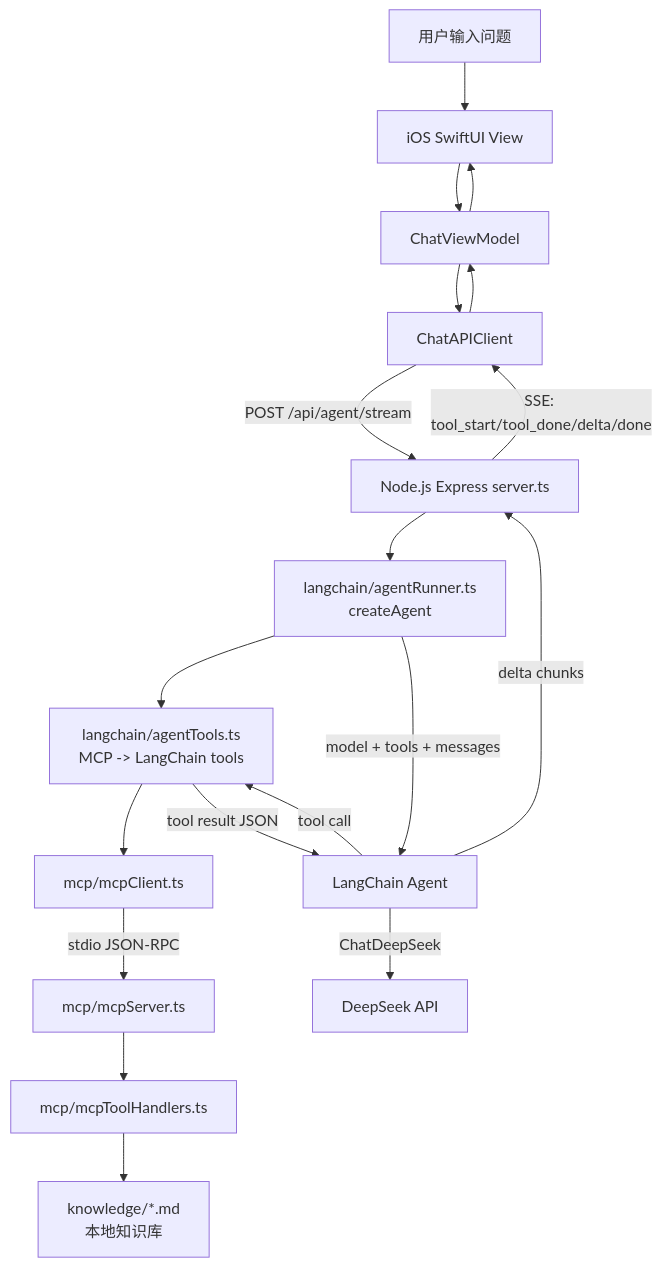
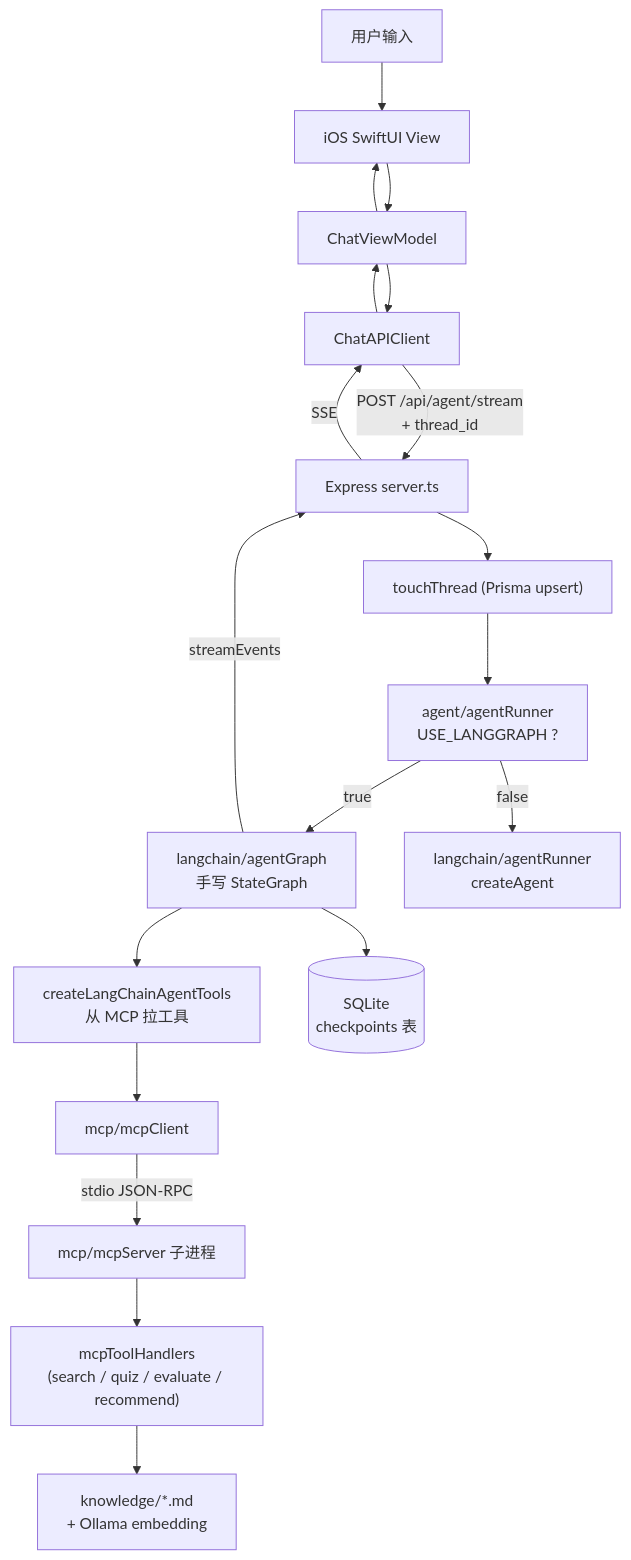
Before and after one commit to volley5566/ChatAI-iOS: the diagram in README.md, drawn with Mermaid. The commit also changed other lines of this file, not shown here.

````diff
--- a/README.md
+++ b/README.md
@@ -472,23 +528,25 @@
 ```mermaid
 flowchart TD
-    U["用户输入问题"] --> V["iOS SwiftUI View"]
+    U["用户输入"] --> V["iOS SwiftUI View"]
     V --> VM["ChatViewModel"]
     VM --> API["ChatAPIClient"]
-    API -->|POST /api/agent/stream| EXP["Node.js Express server.ts"]
+    API -->|POST /api/agent/stream<br/>+ thread_id| EXP["Express server.ts"]
 
-    EXP --> AR["langchain/agentRunner.ts<br/>createAgent"]
-    AR --> AT["langchain/agentTools.ts<br/>MCP -> LangChain tools"]
-    AT --> MC["mcp/mcpClient.ts"]
-    MC -->|stdio JSON-RPC| MS["mcp/mcpServer.ts"]
-    MS --> MH["mcp/mcpToolHandlers.ts"]
-    MH --> KB["knowledge/*.md<br/>本地知识库"]
+    EXP --> TT["touchThread (Prisma upsert)"]
+    TT --> AR["agent/agentRunner<br/>USE_LANGGRAPH ?"]
+    AR -->|true| LG["langchain/agentGraph<br/>手写 StateGraph"]
+    AR -->|false| LC["langchain/agentRunner<br/>createAgent"]
 
-    AR -->|model + tools + messages| LC["LangChain Agent"]
-    LC -->|ChatDeepSeek| LLM["DeepSeek API"]
-    LC -->|tool call| AT
-    AT -->|tool result JSON| LC
-    LC -->|delta chunks| EXP
-    EXP -->|SSE: tool_start/tool_done/delta/done| API
+    LG --> TOOLS["createLangChainAgentTools<br/>从 MCP 拉工具"]
+    TOOLS --> MC["mcp/mcpClient"]
+    MC -->|stdio JSON-RPC| MS["mcp/mcpServer 子进程"]
+    MS --> MH["mcpToolHandlers<br/>(search / quiz / evaluate / recommend)"]
+    MH --> KB["knowledge/*.md<br/>+ Ollama embedding"]
+
+    LG --> CKPT[("SQLite<br/>checkpoints 表")]
+
+    LG -->|streamEvents| EXP
+    EXP -->|SSE| API
     API --> VM
     VM --> V
 ```
````
